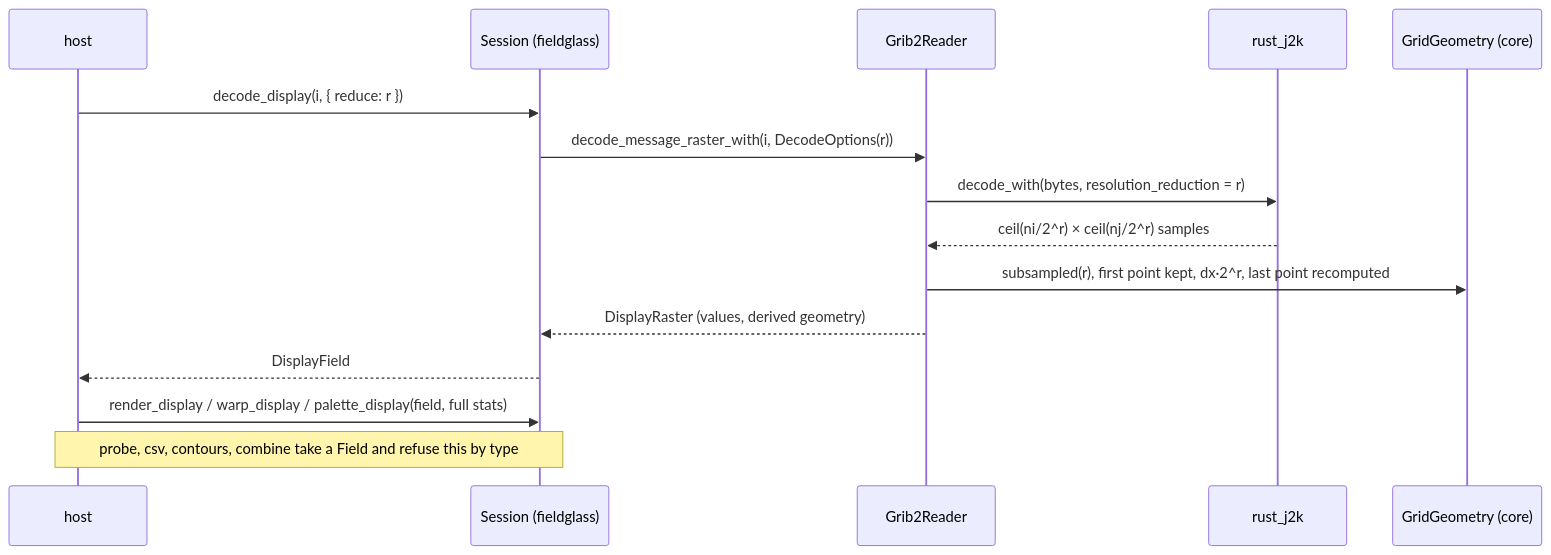
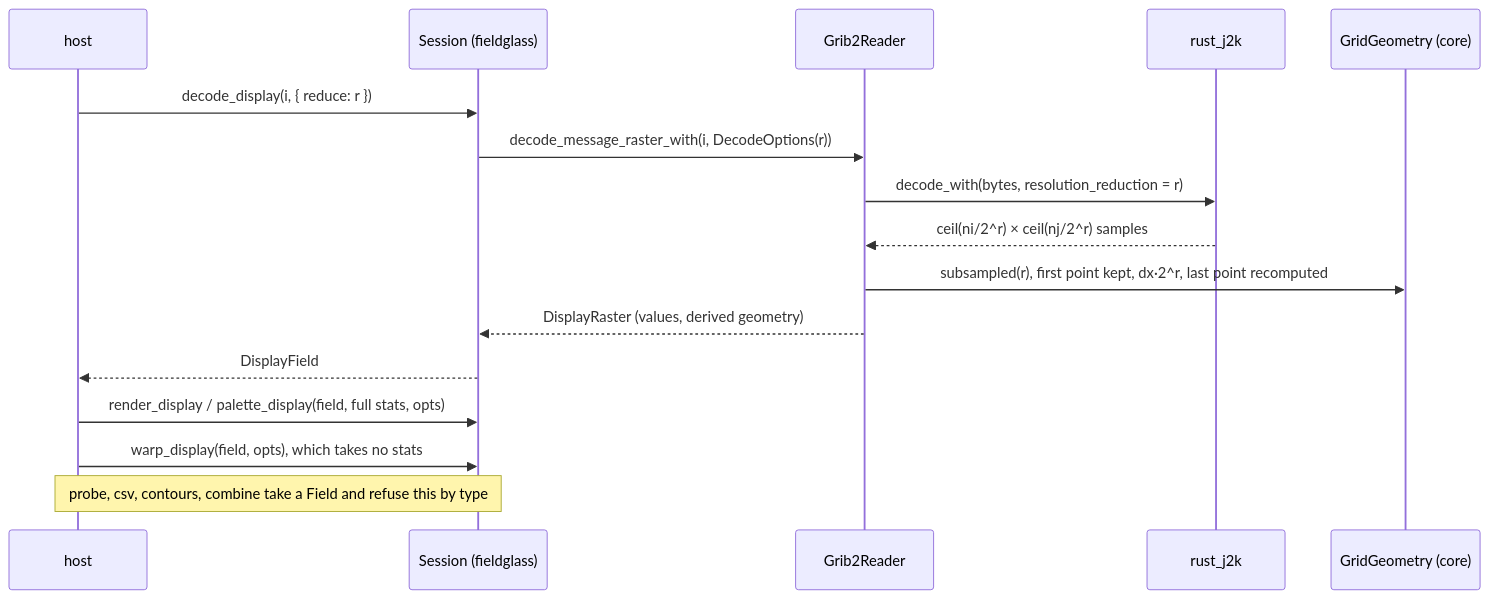
Before and after one commit to D0ubleD0uble/fieldglass: the fifth of 6 diagrams in docs/architecture/planned/02-trait-seams.md, drawn with Mermaid. The commit also changed other lines of this file and 12 other files, not shown here.

````diff
--- a/docs/architecture/planned/02-trait-seams.md
+++ b/docs/architecture/planned/02-trait-seams.md
@@ -389,17 +395,18 @@
 ```mermaid
 sequenceDiagram
     participant H as host
     participant S as Session (fieldglass)
     participant R as Grib2Reader
     participant J as rust_j2k
     participant G as GridGeometry (core)
     H->>S: decode_display(i, { reduce: r })
     S->>R: decode_message_raster_with(i, DecodeOptions(r))
     R->>J: decode_with(bytes, resolution_reduction = r)
     J-->>R: ceil(ni/2^r) × ceil(nj/2^r) samples
     R->>G: subsampled(r), first point kept, dx·2^r, last point recomputed
     R-->>S: DisplayRaster (values, derived geometry)
     S-->>H: DisplayField
-    H->>S: render_display / warp_display / palette_display(field, full stats)
+    H->>S: render_display / palette_display(field, full stats, opts)
+    H->>S: warp_display(field, opts), which takes no stats
     Note over H,S: probe, csv, contours, combine take a Field and refuse this by type
 ```
````
